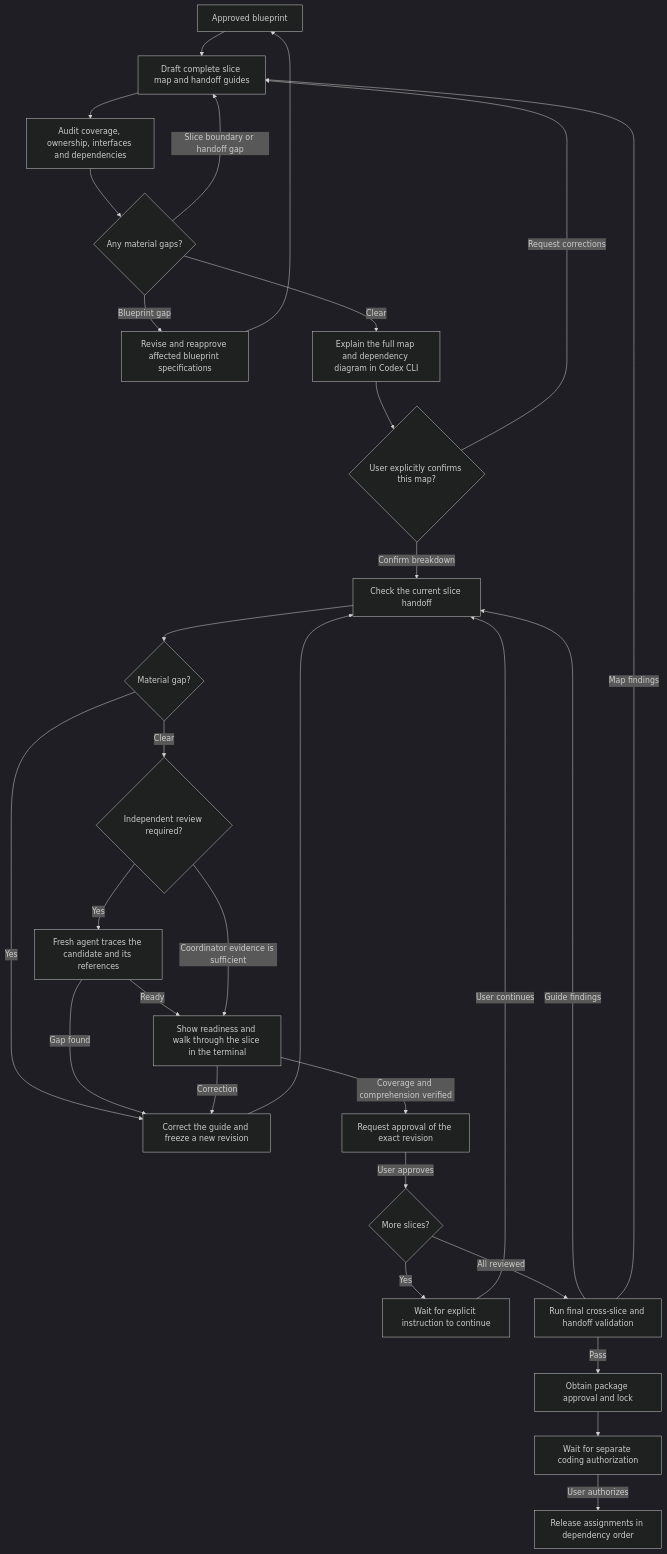
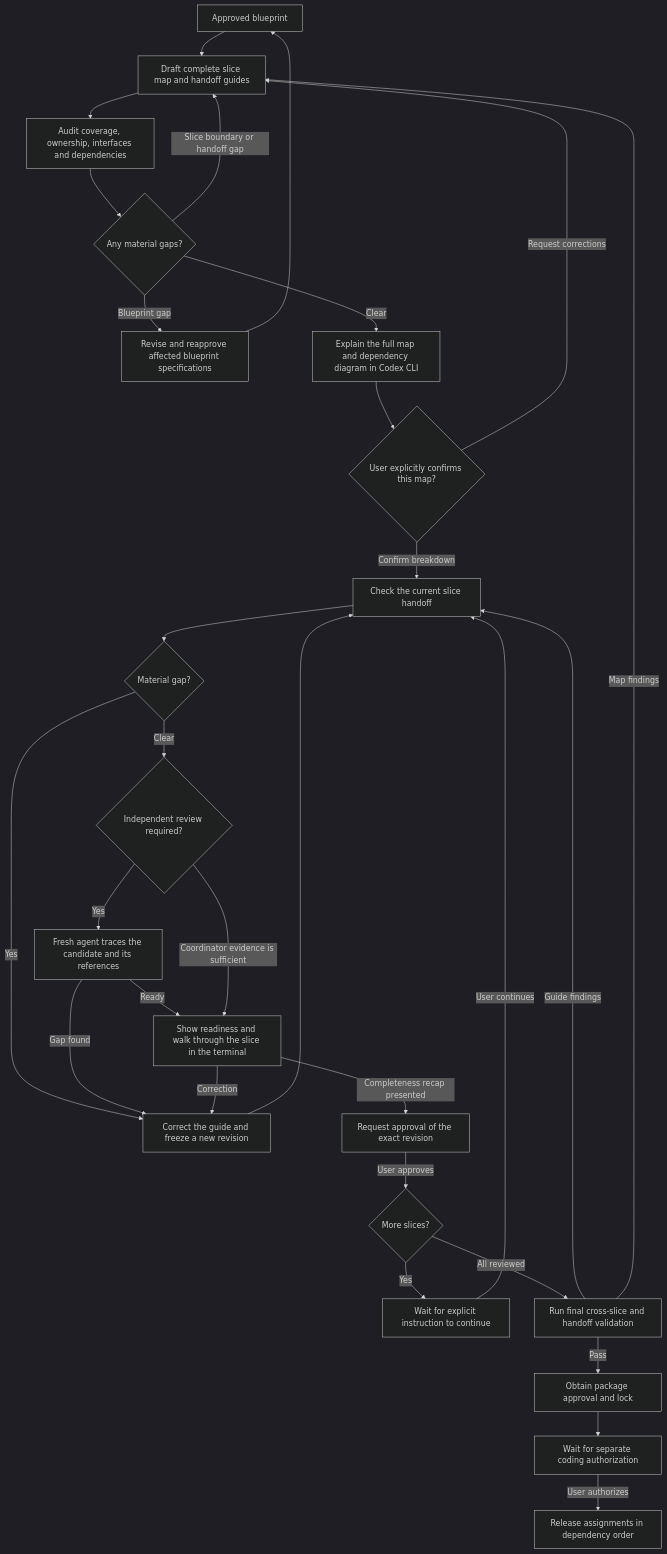
The first of 3 diagrams in references/slice-review-workflow.md (keitamoustapha913/prototype-to-production), drawn with Mermaid (dark theme) before and after one commit. The commit also changed other lines of this file and 10 other files, not shown here.

````diff
--- a/references/slice-review-workflow.md
+++ b/references/slice-review-workflow.md
@@ -9,32 +9,32 @@
 ```mermaid
 flowchart TD
     A[Approved blueprint] --> B[Draft complete slice map and handoff guides]
     B --> C[Audit coverage, ownership, interfaces and dependencies]
     C --> D{Any material gaps?}
     D -->|Slice boundary or handoff gap| B
     D -->|Blueprint gap| E[Revise and reapprove affected blueprint specifications]
     E --> A
     D -->|Clear| F[Explain the full map and dependency diagram in Codex CLI]
     F --> G{User explicitly confirms this map?}
     G -->|Request corrections| B
     G -->|Confirm breakdown| H[Check the current slice handoff]
     H --> D1{Material gap?}
     D1 -->|Yes| H1[Correct the guide and freeze a new revision]
     H1 --> H
     D1 -->|Clear| R1{Independent review required?}
     R1 -->|Yes| R2[Fresh agent traces the candidate and its references]
     R2 -->|Gap found| H1
     R2 -->|Ready| I[Show readiness and walk through the slice in the terminal]
     R1 -->|Coordinator evidence is sufficient| I
     I -->|Correction| H1
-    I -->|Coverage and comprehension verified| I0[Request approval of the exact revision]
+    I -->|Completeness recap presented| I0[Request approval of the exact revision]
     I0 -->|User approves| I1{More slices?}
     I1 -->|Yes| I2[Wait for explicit instruction to continue]
     I2 -->|User continues| H
     I1 -->|All reviewed| J[Run final cross-slice and handoff validation]
     J -->|Guide findings| H
     J -->|Map findings| B
     J -->|Pass| L[Obtain package approval and lock]
     L --> M[Wait for separate coding authorization]
     M -->|User authorizes| N[Release assignments in dependency order]
 ```
````
